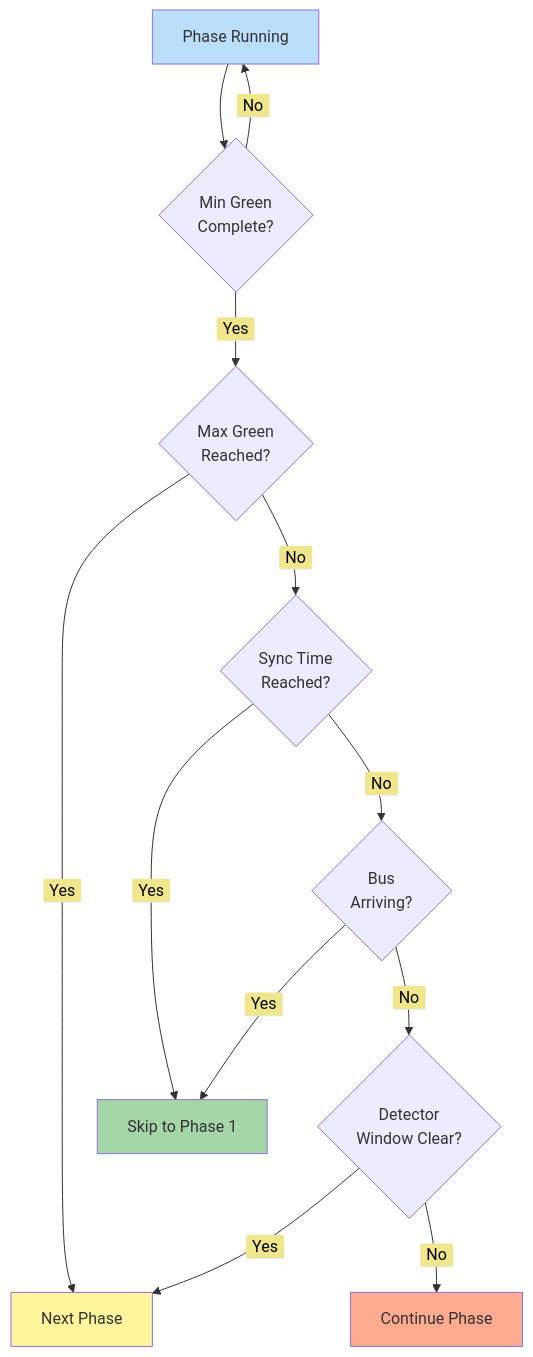
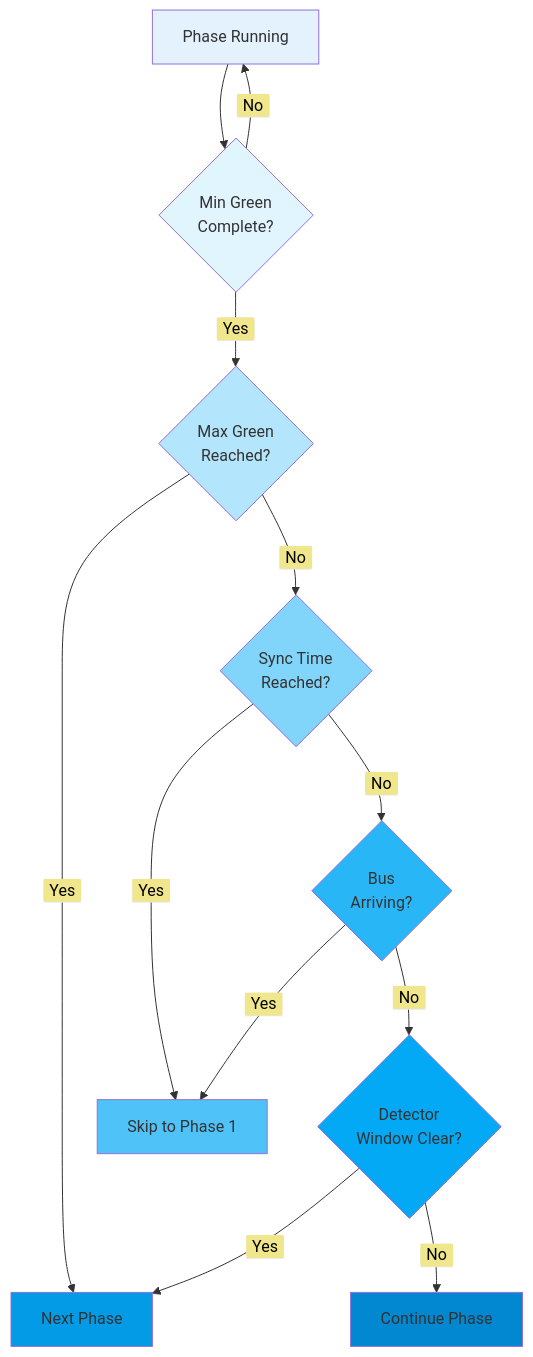
One commit to Chaklader/SignalSyncPro changed the ninth of 34 diagrams in notes/paper_1/PAPER_1_B.md. Above: the diagram before and after it, drawn with Mermaid. The commit also changed other lines of this file, not shown here.

````diff
--- a/notes/paper_1/PAPER_1_B.md
+++ b/notes/paper_1/PAPER_1_B.md
@@ -2147,19 +2149,24 @@
 ```mermaid
 flowchart TD
     A["Phase Running"] --> B{"Min Green<br>Complete?"}
     B -->|<span style='background-color:khaki; color:black; padding:2px 6px; border-radius:3px'>No</span>| A
     B -->|<span style='background-color:khaki; color:black; padding:2px 6px; border-radius:3px'>Yes</span>| C{"Max Green<br>Reached?"}
     C -->|<span style='background-color:khaki; color:black; padding:2px 6px; border-radius:3px'>Yes</span>| H
     C -->|<span style='background-color:khaki; color:black; padding:2px 6px; border-radius:3px'>No</span>| D{"Sync Time<br>Reached?"}
     D -->|<span style='background-color:khaki; color:black; padding:2px 6px; border-radius:3px'>Yes</span>| E["Skip to Phase 1"]
     D -->|<span style='background-color:khaki; color:black; padding:2px 6px; border-radius:3px'>No</span>| F{"Bus<br>Arriving?"}
     F -->|<span style='background-color:khaki; color:black; padding:2px 6px; border-radius:3px'>Yes</span>| E
     F -->|<span style='background-color:khaki; color:black; padding:2px 6px; border-radius:3px'>No</span>| G{"Detector<br>Window Clear?"}
     G -->|<span style='background-color:khaki; color:black; padding:2px 6px; border-radius:3px'>Yes</span>| H["Next Phase"]
     G -->|<span style='background-color:khaki; color:black; padding:2px 6px; border-radius:3px'>No</span>| I["Continue Phase"]
 
-    style A fill:#BBDEFB
-    style E fill:#A5D6A7
-    style H fill:#FFF59D
-    style I fill:#FFAB91
+style A fill:#E3F2FD
+style B fill:#E1F5FE
+style C fill:#B3E5FC
+style D fill:#81D4FA
+style E fill:#4FC3F7
+style F fill:#29B6F6
+style G fill:#03A9F4
+style H fill:#039BE5
+style I fill:#0288D1
 ```
````
